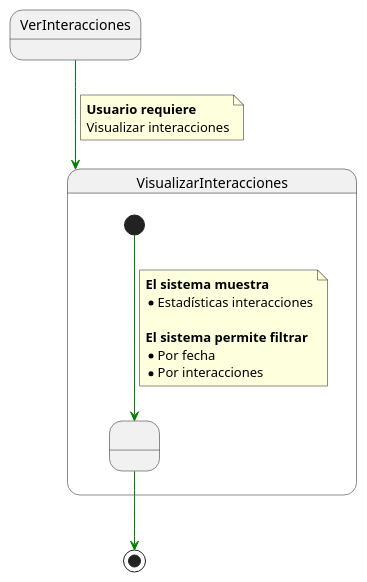
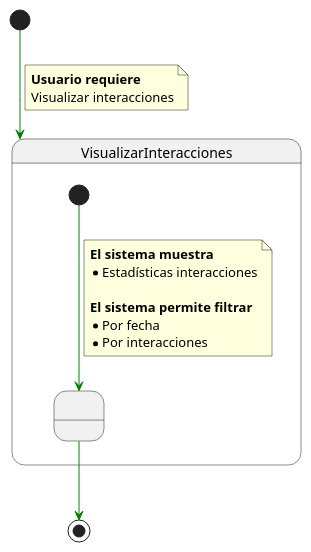
One commit to mmasias/IdSw1-22-23 changed the diagram in 000-entregas/Grupo1/DetalleCasosDeUso/VerInteracciones.puml. Above: the diagram before and after it, drawn with PlantUML.

```diff
--- a/000-entregas/Grupo1/DetalleCasosDeUso/VerInteracciones.puml
+++ b/000-entregas/Grupo1/DetalleCasosDeUso/VerInteracciones.puml
@@ -1,34 +1,31 @@
 @startuml VerInteracciones
-
-State VerInteracciones
-
 
 State VisualizarInteracciones{ 
 
   State state1 as " "
 
   [*] -[#green]-> state1
 
   note on link 
     <b>El sistema muestra
     * Estadísticas interacciones
 
     <b>El sistema permite filtrar
     * Por fecha
     * Por interacciones
   end note
  
 
 } 
 
-VerInteracciones-[#green]-> VisualizarInteracciones
+[*] -[#green]-> VisualizarInteracciones
 
 note on link
  <b>Usuario requiere
  Visualizar interacciones
 end note
 
 state1 -[#green]-> [*] 
 
 
 @enduml
```
